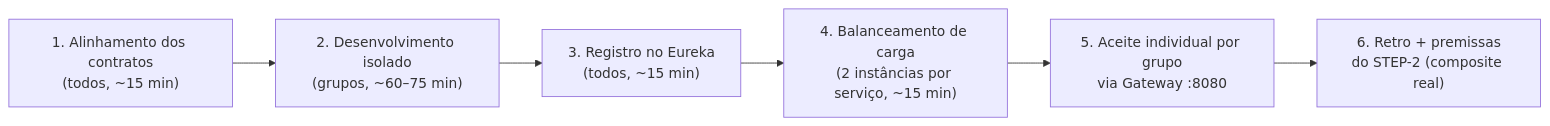
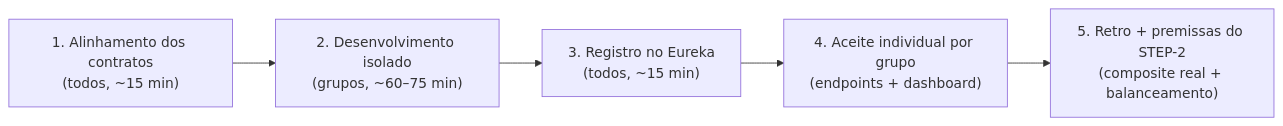
The second of 2 diagrams in README.md (F290-LDMP/workshop-microservices), drawn with Mermaid before and after one commit. The commit also changed other lines of this file and 2 other files, not shown here.

Commit message:
docs: LB movido para o STEP-2 (ciclo completo) e nota BFF vs lib de contratos

````diff
--- a/README.md
+++ b/README.md
@@ -81,8 +81,7 @@
 ```mermaid
 flowchart LR
     A["1. Alinhamento dos contratos<br/>(todos, ~15 min)"] --> B["2. Desenvolvimento isolado<br/>(grupos, ~60–75 min)"]
     B --> C["3. Registro no Eureka<br/>(todos, ~15 min)"]
-    C --> D["4. Balanceamento de carga<br/>(2 instâncias por serviço, ~15 min)"]
-    D --> E["5. Aceite individual por grupo<br/>via Gateway :8080"]
-    E --> F["6. Retro + premissas<br/>do STEP-2 (composite real)"]
+    C --> D["4. Aceite individual por grupo<br/>(endpoints + dashboard)"]
+    D --> E["5. Retro + premissas do STEP-2<br/>(composite real + balanceamento)"]
 ```
````
